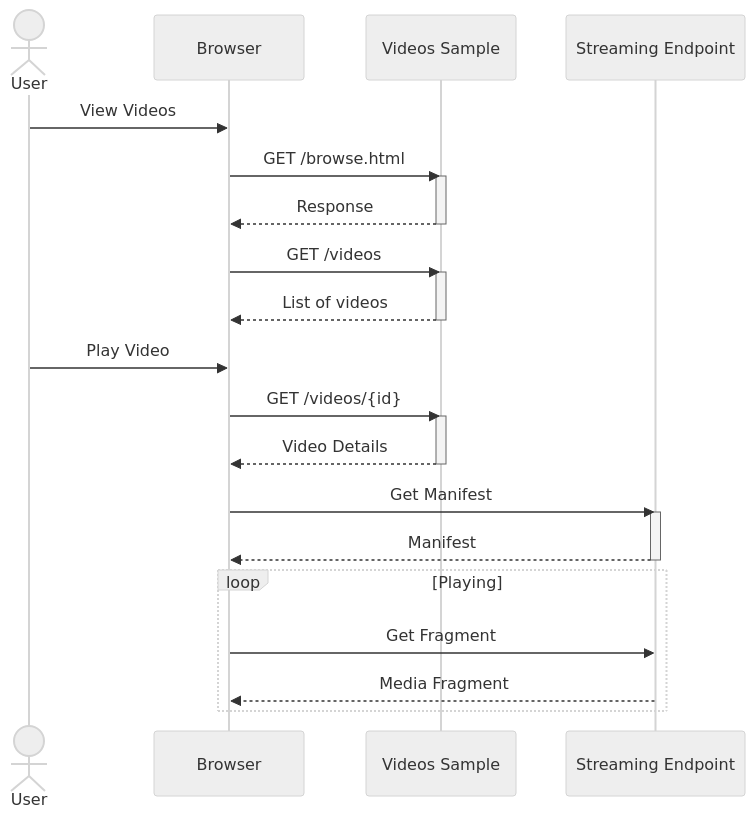
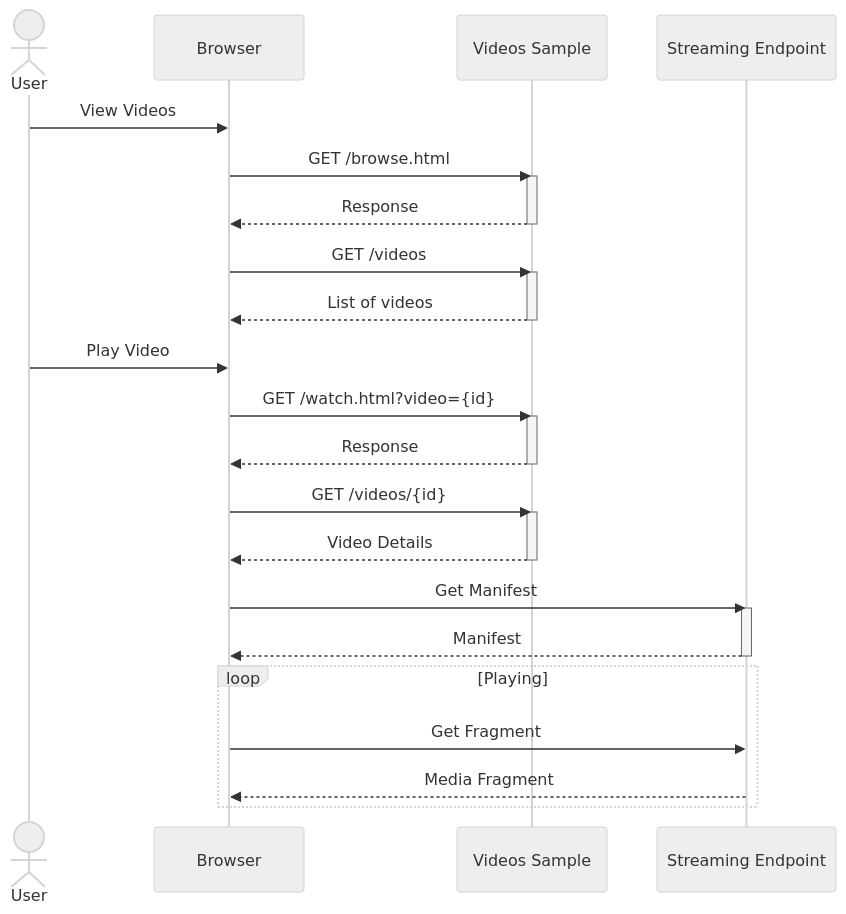
Before and after one commit to Azure-Samples/media-services-v3-dotnet-webapp: the diagram in 1-VideosSample-Public/README.md, drawn with Mermaid (neutral theme). The commit also changed 1 other file, not shown here.

Commit message:
More doc changes

````diff
--- a/1-VideosSample-Public/README.md
+++ b/1-VideosSample-Public/README.md
@@ -125,36 +125,41 @@
 ```mermaid
 sequenceDiagram
 actor User
 participant Browser
 participant Videos Sample
 participant Streaming Endpoint
 
 User->>Browser: View Videos
 
 Browser->>Videos Sample: GET /browse.html
 activate Videos Sample
 Videos Sample-->>Browser: Response
 deactivate Videos Sample
 
 Browser->>Videos Sample: GET /videos
 activate Videos Sample
 Videos Sample-->>Browser: List of videos
 deactivate Videos Sample
 
 User->>Browser: Play Video
 
+Browser->>Videos Sample: GET /watch.html?video={id}
+activate Videos Sample
+Videos Sample-->>Browser: Response
+deactivate Videos Sample
+
 Browser->>Videos Sample: GET /videos/{id}
 activate Videos Sample
 Videos Sample-->>Browser: Video Details
 deactivate Videos Sample
 
 Browser->>Streaming Endpoint: Get Manifest
 activate Streaming Endpoint
 Streaming Endpoint-->>Browser: Manifest
 deactivate Streaming Endpoint
 
 loop Playing
     Browser->>Streaming Endpoint: Get Fragment
     Streaming Endpoint-->>Browser: Media Fragment
 end
 ```
````
